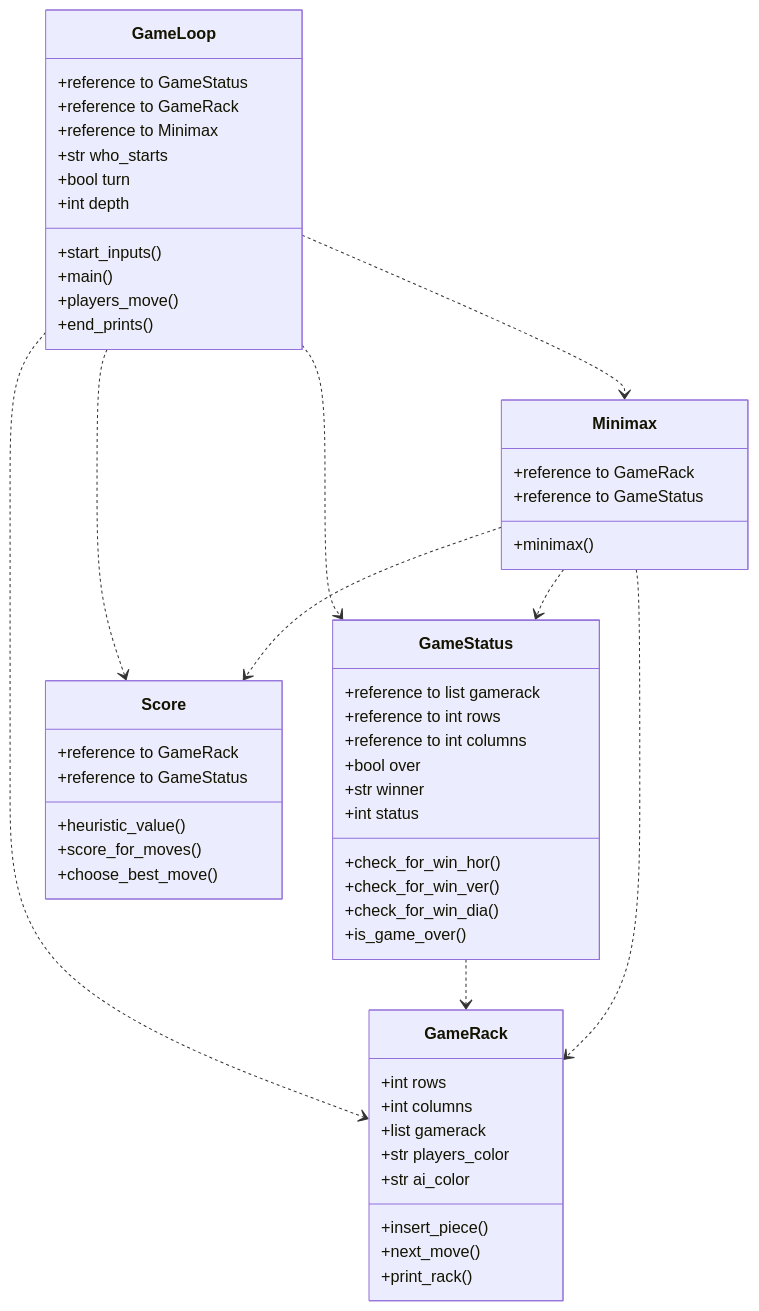
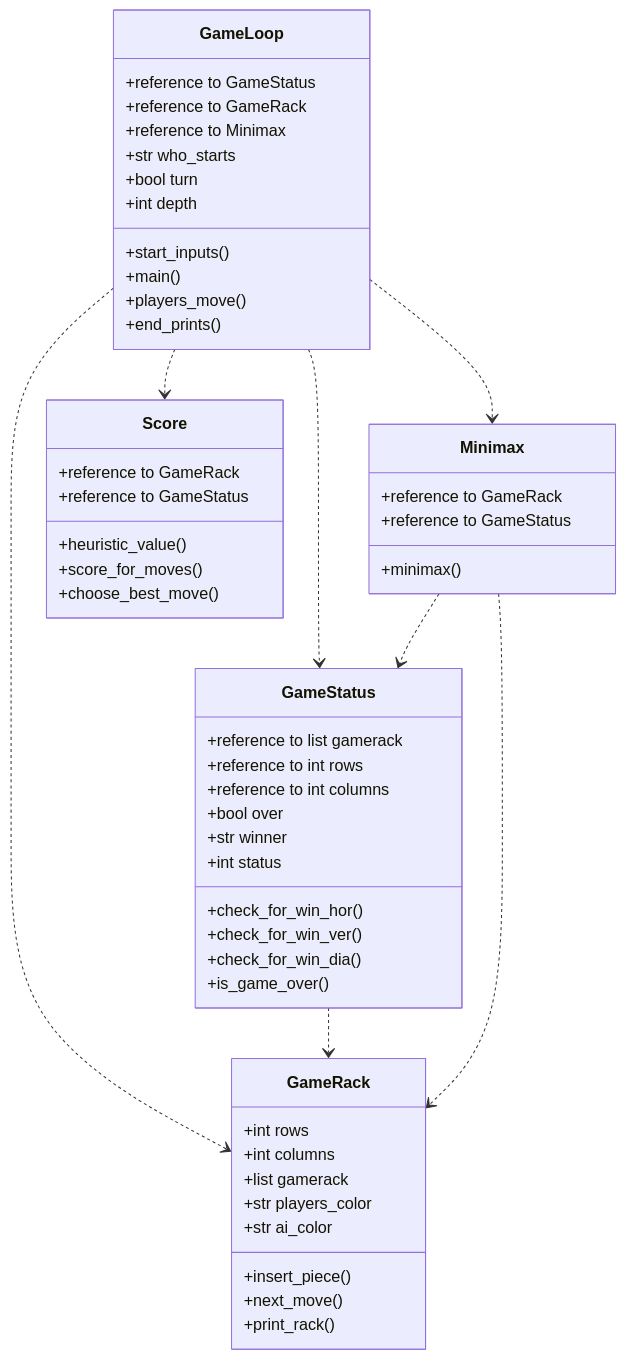
Before and after one commit to lottapispa/Connect-Four-tiralabra: the diagram in documentation/implementation.md, drawn with Mermaid.

````diff
--- a/documentation/implementation.md
+++ b/documentation/implementation.md
@@ -4,57 +4,56 @@
 ```mermaid
 classDiagram
     GameLoop ..> GameStatus
     GameLoop ..> GameRack
     GameLoop ..> Minimax
     GameLoop ..> Score
     GameStatus ..> GameRack
     Minimax ..> GameStatus
     Minimax ..> GameRack
-    Minimax ..> Score
     class GameLoop{
         +reference to GameStatus
         +reference to GameRack
         +reference to Minimax
         +str who_starts
         +bool turn
         +int depth
         +start_inputs()
         +main()
         +players_move()
         +end_prints()
     }
     class GameStatus{
         +reference to list gamerack
         +reference to int rows
         +reference to int columns
         +bool over
         +str winner
         +int status
         +check_for_win_hor()
         +check_for_win_ver()
         +check_for_win_dia()
         +is_game_over()
     }
     class GameRack{
         +int rows
         +int columns
         +list gamerack
         +str players_color
         +str ai_color
         +insert_piece()
         +next_move()
         +print_rack()
     }
     class Minimax{
         +reference to GameRack
         +reference to GameStatus
         +minimax()
     }
     class Score{
         +reference to GameRack
         +reference to GameStatus
         +heuristic_value()
         +score_for_moves()
         +choose_best_move()
     }
 ```
````
